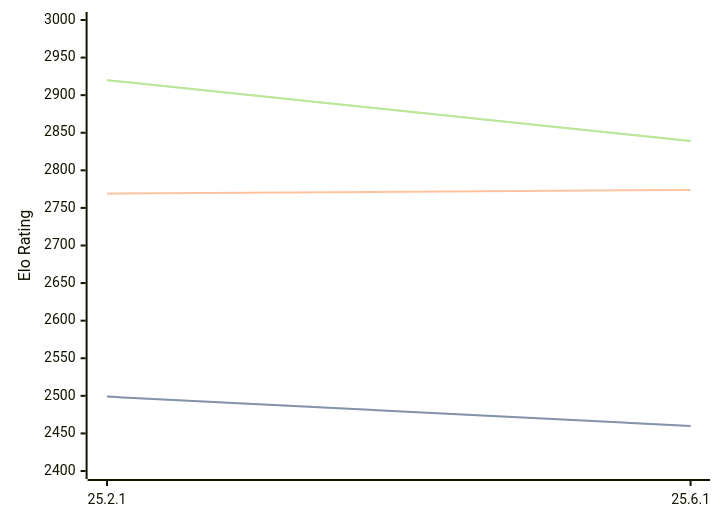
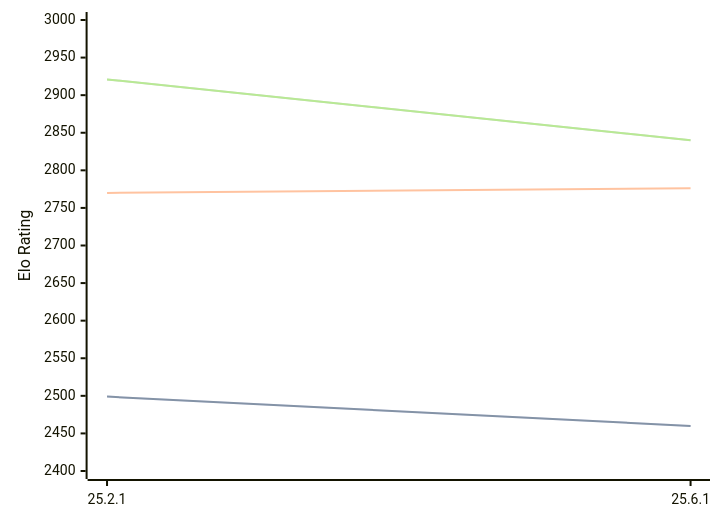
The diagram in engines/Crafty.md (computer-chess-index/cci), drawn with Mermaid before and after one commit. The commit also changed other lines of this file, not shown here.

Commit message:
Update CCI Ratings (ELO VLTC) - 2026-08-05

````diff
--- a/engines/Crafty.md
+++ b/engines/Crafty.md
@@ -32,11 +32,11 @@
 ```mermaid
 %%{init: {"theme":"base","themeVariables":{"seriesColors:['#a3a3a3','#222221','#faa371']}}}%%
 xychart-beta
   x-axis ["25.2.1", "25.6.1"]
   y-axis "Elo Rating" 2400 --> 3000
   line "STC (8.0+0.08s)" [2499, 2460]
   line "STC (8.0+0.08s)" [2499, 2460]
-  line "LTC (60.0+0.60s)" [2769, 2774]
-  line "VLTC (2m24s+1.12s)" [2920, 2839]
-  line "VLTC (2m24s+1.12s)" [2920, 2839]
+  line "LTC (60.0+0.60s)" [2770, 2776]
+  line "VLTC (2m24s+1.12s)" [2921, 2840]
+  line "VLTC (2m24s+1.12s)" [2921, 2840]
 ```
````
